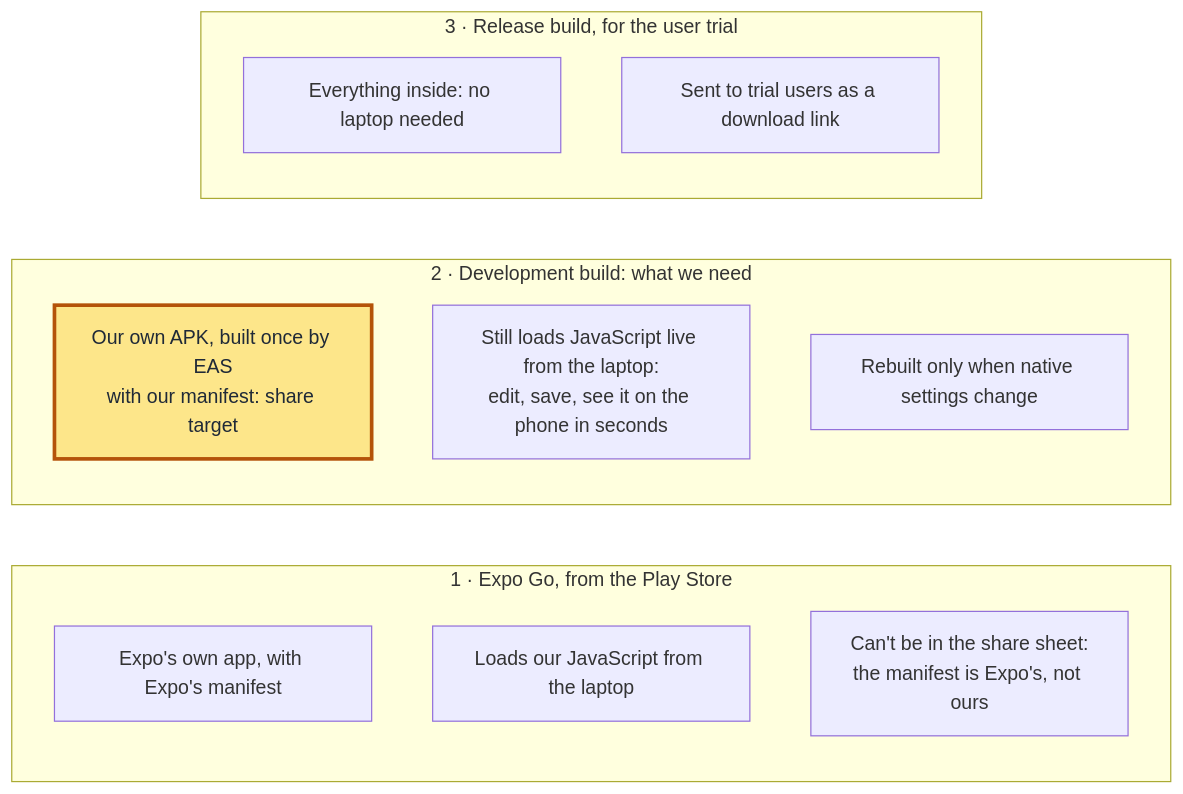
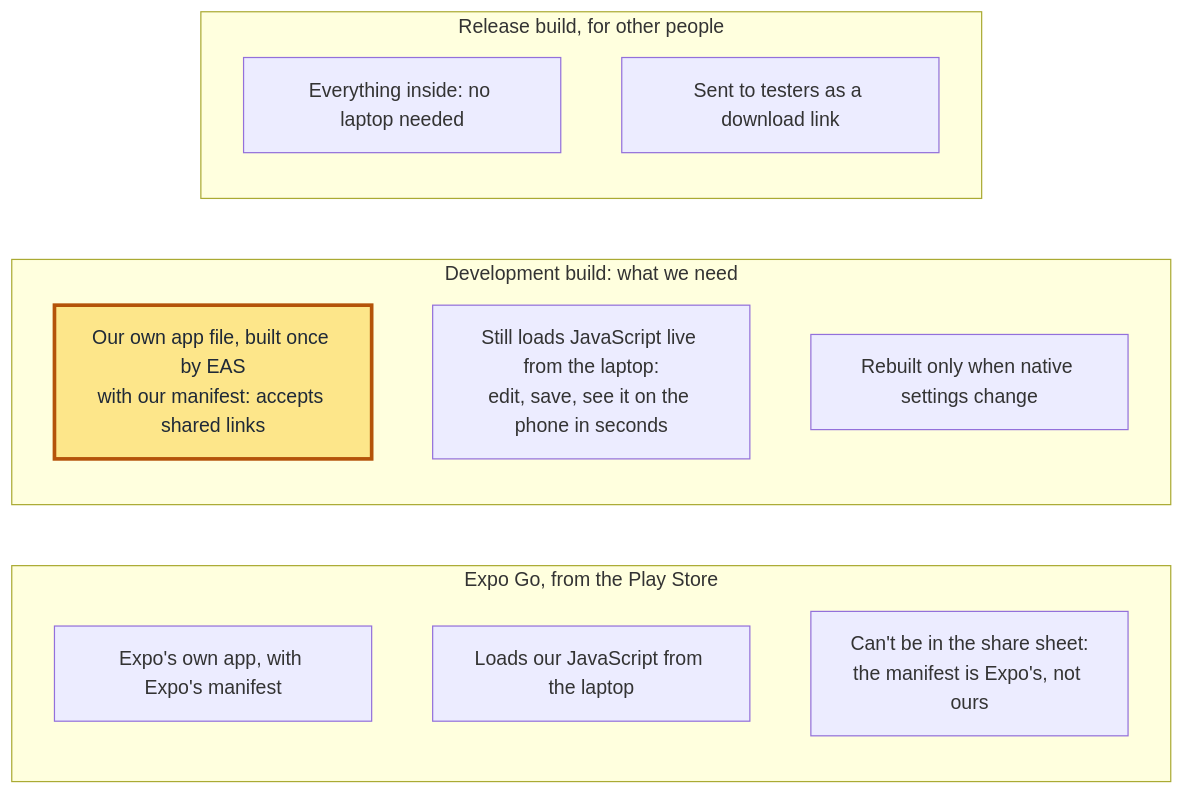
Before and after one commit to SunchokePasta/Plannr: the ninth of 13 diagrams in docs/architecture.md, drawn with Mermaid. The commit also changed other lines of this file and 3 other files, not shown here.

First line of the commit message:
Rewrite the architecture page around a glossary and labelled steps

````diff
--- a/docs/architecture.md
+++ b/docs/architecture.md
@@ -347,20 +363,20 @@
 ```mermaid
 flowchart LR
-  subgraph GO["1 · Expo Go, from the Play Store"]
+  subgraph GO["Expo Go, from the Play Store"]
     go1["Expo's own app, with Expo's manifest"]
     go2["Loads our JavaScript from the laptop"]
     go3["Can't be in the share sheet:<br/>the manifest is Expo's, not ours"]
   end
-  subgraph DEV["2 · Development build: what we need"]
-    dev1["Our own APK, built once by EAS<br/>with our manifest: share target"]
+  subgraph DEV["Development build: what we need"]
+    dev1["Our own app file, built once by EAS<br/>with our manifest: accepts shared links"]
     dev2["Still loads JavaScript live from the laptop:<br/>edit, save, see it on the phone in seconds"]
     dev3["Rebuilt only when native settings change"]
   end
-  subgraph REL["3 · Release build, for the user trial"]
+  subgraph REL["Release build, for other people"]
     rel1["Everything inside: no laptop needed"]
-    rel2["Sent to trial users as a download link"]
+    rel2["Sent to testers as a download link"]
   end
 
   classDef pick fill:#fde68a,stroke:#b45309,stroke-width:3px,color:#1f2937
   class dev1 pick
 ```
````
